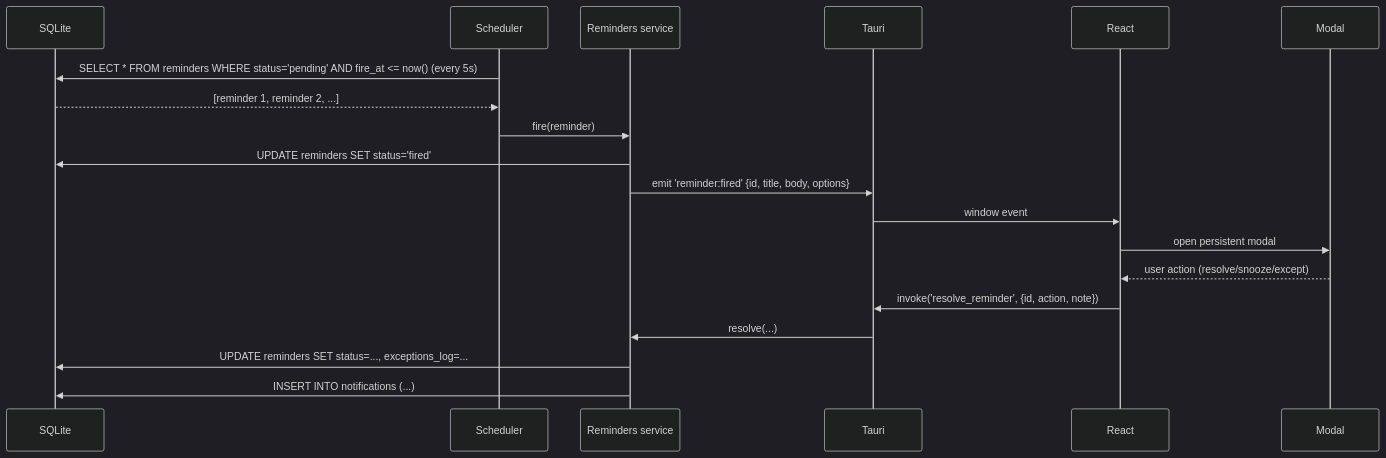
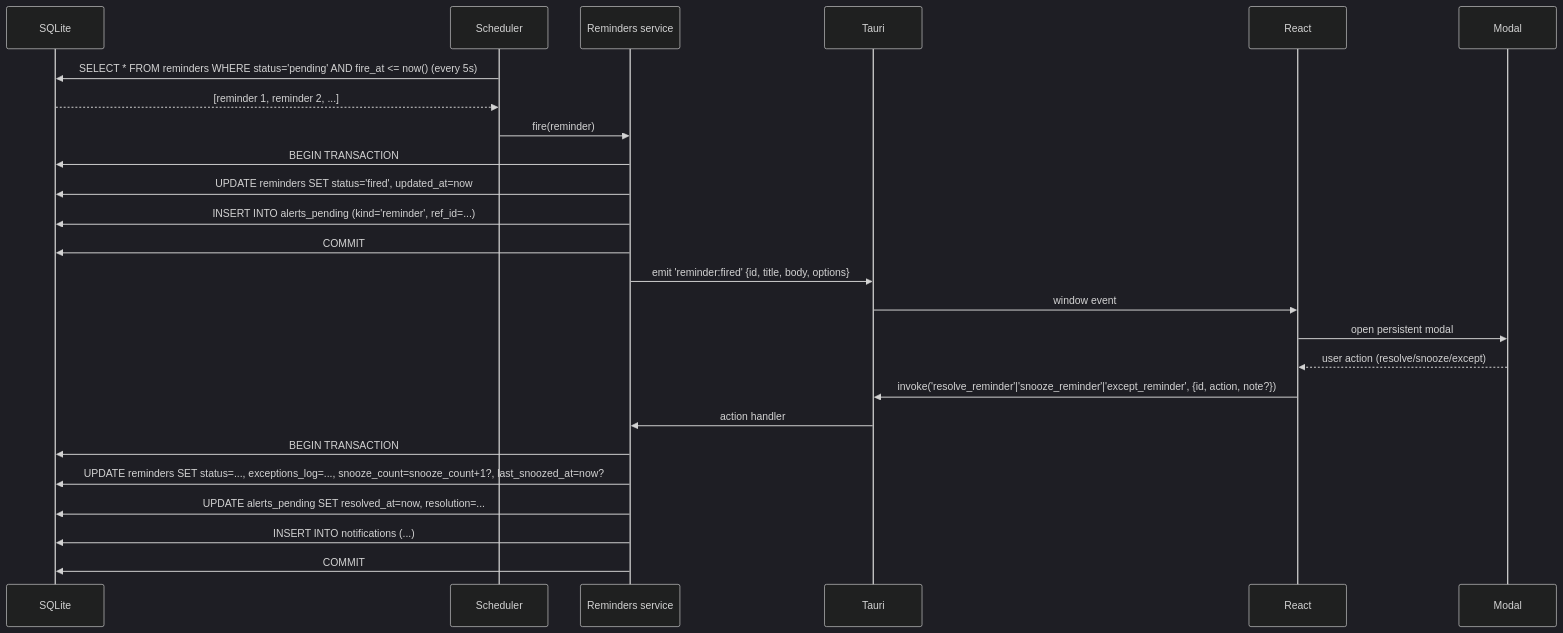
One commit to RAGton/aura-desk changed the third of 10 diagrams in docs/superpowers/specs/2026-10-16-auradesk-mvp-design.md. Above: the diagram before and after it, drawn with Mermaid (dark theme). The commit also changed other lines of this file, not shown here.

````diff
--- a/docs/superpowers/specs/2026-10-16-auradesk-mvp-design.md
+++ b/docs/superpowers/specs/2026-10-16-auradesk-mvp-design.md
@@ -172,22 +184,28 @@
 ```mermaid
 sequenceDiagram
     participant DB as SQLite
     participant SCH as Scheduler
     participant APP as Reminders service
     participant T as Tauri
     participant UI as React
     participant M as Modal
 
     SCH->>DB: SELECT * FROM reminders WHERE status='pending' AND fire_at <= now() (every 5s)
     DB-->>SCH: [reminder 1, reminder 2, ...]
     SCH->>APP: fire(reminder)
-    APP->>DB: UPDATE reminders SET status='fired'
+    APP->>DB: BEGIN TRANSACTION
+    APP->>DB: UPDATE reminders SET status='fired', updated_at=now
+    APP->>DB: INSERT INTO alerts_pending (kind='reminder', ref_id=...)
+    APP->>DB: COMMIT
     APP->>T: emit 'reminder:fired' {id, title, body, options}
     T->>UI: window event
     UI->>M: open persistent modal
     M-->>UI: user action (resolve/snooze/except)
-    UI->>T: invoke('resolve_reminder', {id, action, note})
-    T->>APP: resolve(...)
-    APP->>DB: UPDATE reminders SET status=..., exceptions_log=...
+    UI->>T: invoke('resolve_reminder'|'snooze_reminder'|'except_reminder', {id, action, note?})
+    T->>APP: action handler
+    APP->>DB: BEGIN TRANSACTION
+    APP->>DB: UPDATE reminders SET status=..., exceptions_log=..., snooze_count=snooze_count+1?, last_snoozed_at=now?
+    APP->>DB: UPDATE alerts_pending SET resolved_at=now, resolution=...
     APP->>DB: INSERT INTO notifications (...)
+    APP->>DB: COMMIT
 ```
````
